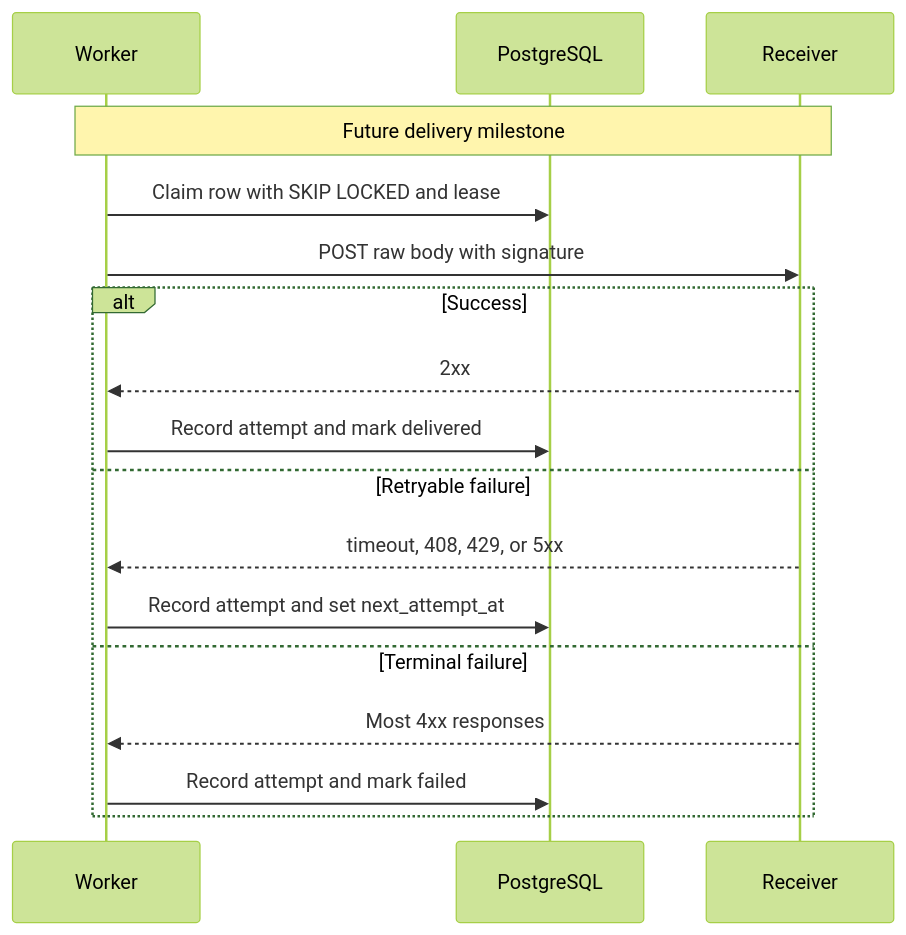
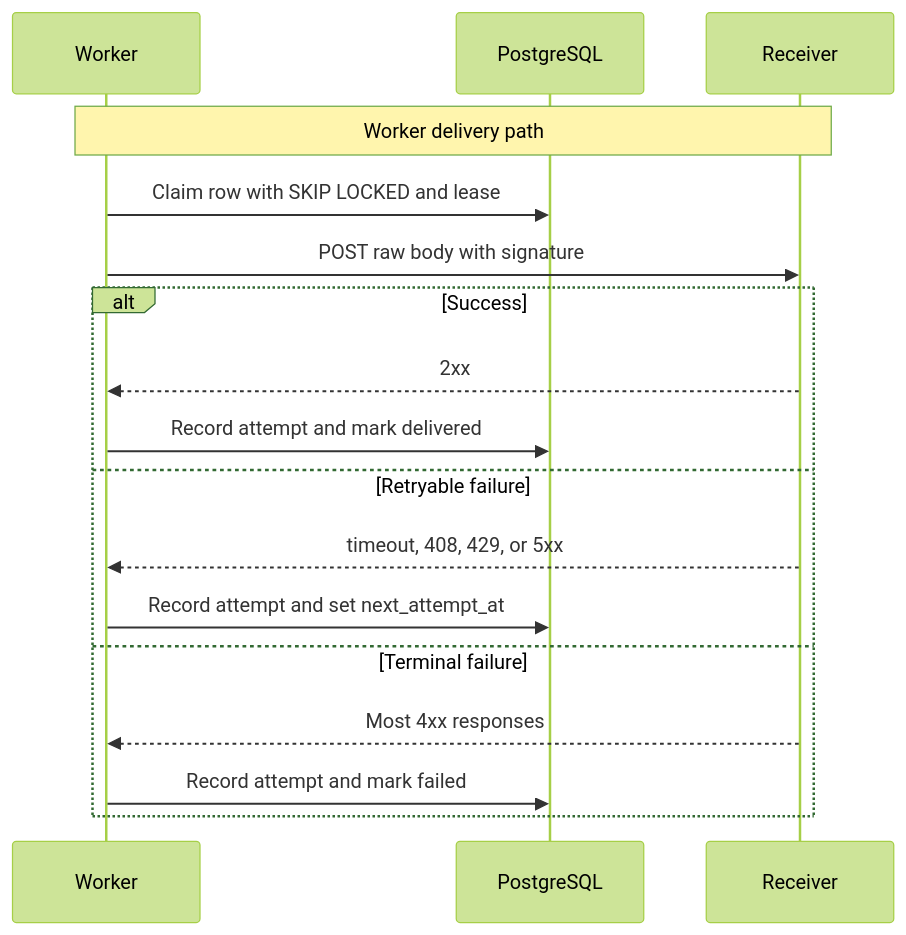
Before and after one commit to prajexec/HookForge: the third of 7 diagrams in docs/architecture/diagrams.md, drawn with Mermaid (forest theme). The commit also changed 29 other files, not shown here.

````diff
--- a/docs/architecture/diagrams.md
+++ b/docs/architecture/diagrams.md
@@ -39,19 +39,19 @@
 ```mermaid
 sequenceDiagram
   participant W as Worker
   participant P as PostgreSQL
   participant R as Receiver
-  Note over W,R: Future delivery milestone
+  Note over W,R: Worker delivery path
   W->>P: Claim row with SKIP LOCKED and lease
   W->>R: POST raw body with signature
   alt Success
     R-->>W: 2xx
     W->>P: Record attempt and mark delivered
   else Retryable failure
     R-->>W: timeout, 408, 429, or 5xx
     W->>P: Record attempt and set next_attempt_at
   else Terminal failure
     R-->>W: Most 4xx responses
     W->>P: Record attempt and mark failed
   end
 ```
````
